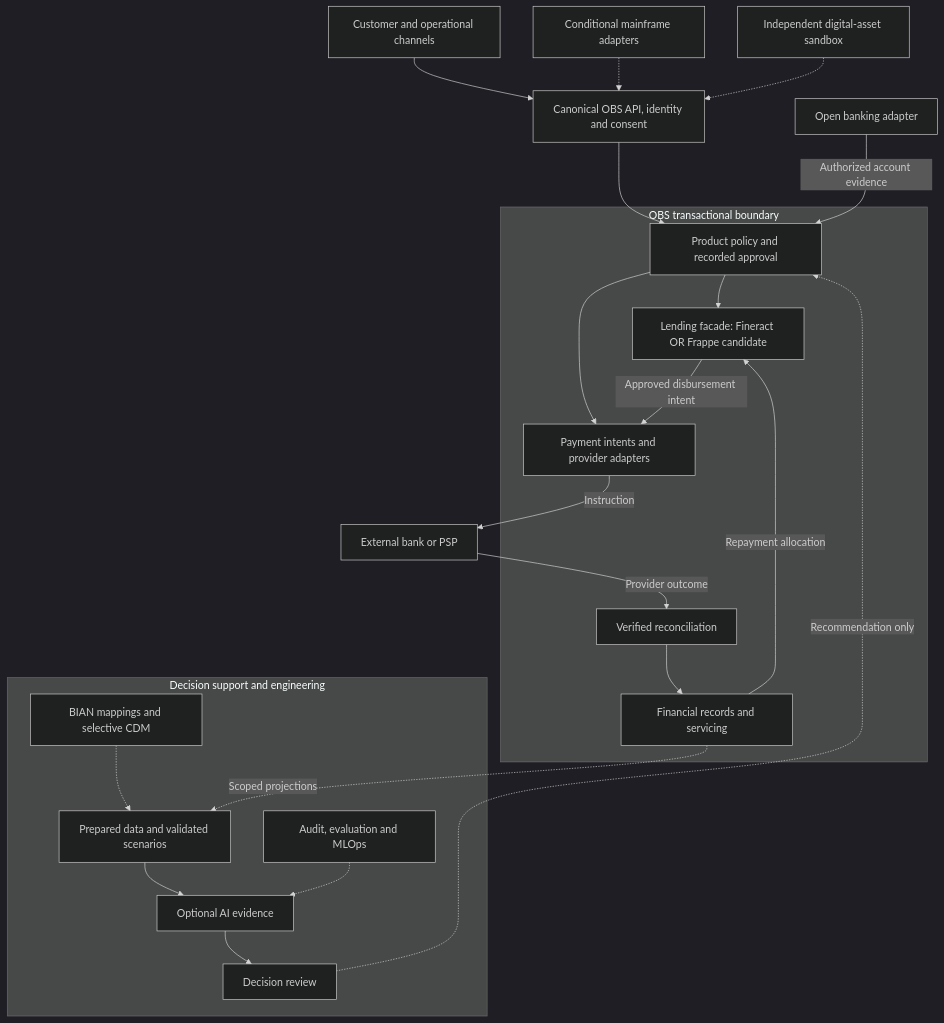
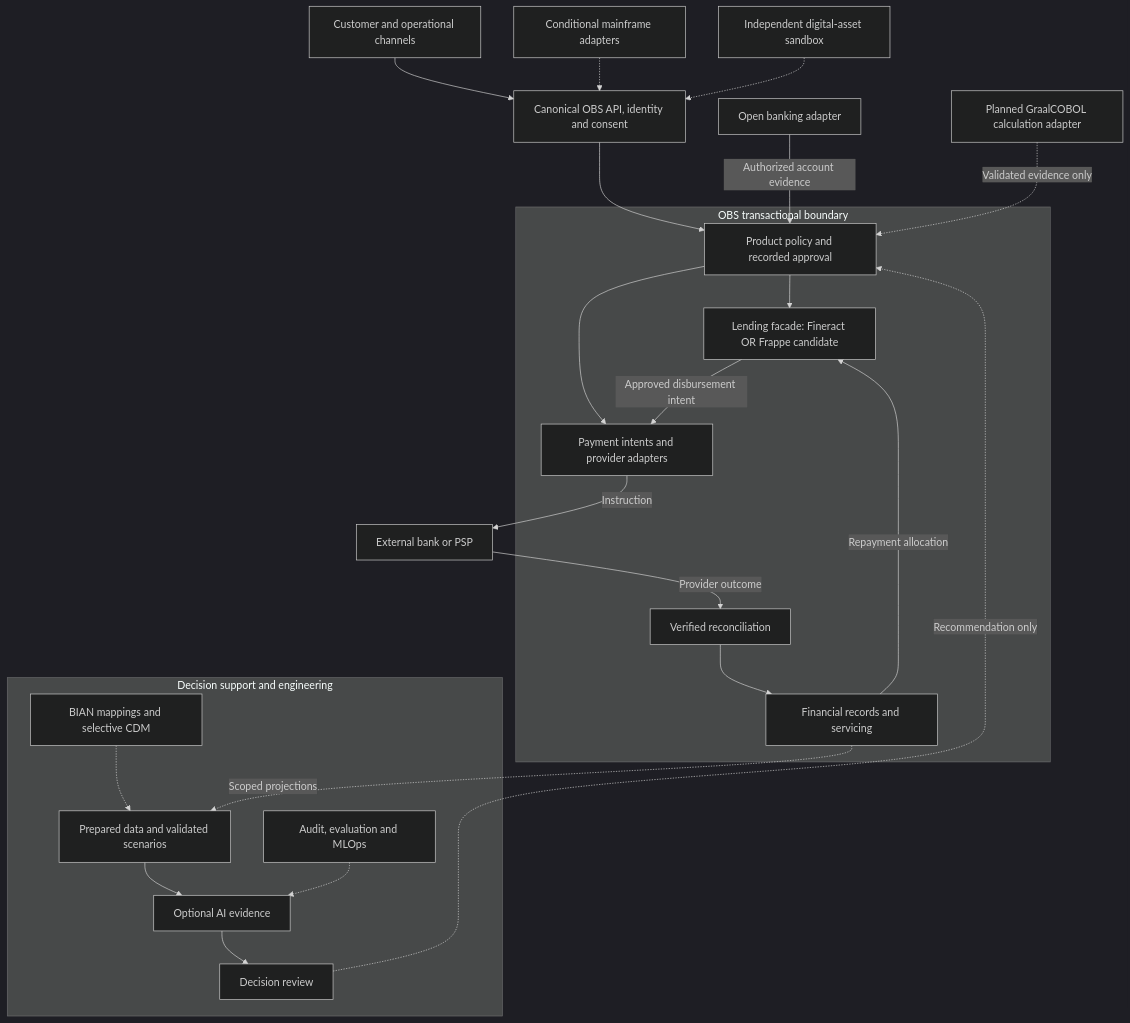
The third of 8 diagrams in README.md (robotics-intelligent-systems/jfxai4obs), drawn with Mermaid (dark theme) before and after one commit. The commit also changed other lines of this file, not shown here.

Commit message:
docs: select GraalCOBOL modernization dependency and retain COBOL 4J reference

````diff
--- a/README.md
+++ b/README.md
@@ -683,30 +697,31 @@
 ```mermaid
 flowchart TB
   UI["Customer and operational channels"] --> API["Canonical OBS API, identity and consent"]
   subgraph OBS["OBS transactional boundary"]
     POLICY["Product policy and recorded approval"]
     LOAN["Lending facade: Fineract OR Frappe candidate"]
     PAY["Payment intents and provider adapters"]
     REC["Verified reconciliation"]
     LEDGER["Financial records and servicing"]
     POLICY --> LOAN
     POLICY --> PAY
     LOAN -->|Approved disbursement intent| PAY
     REC --> LEDGER
     LEDGER -->|Repayment allocation| LOAN
   end
   API --> POLICY
   PAY -->|Instruction| BANK["External bank or PSP"]
   BANK -->|Provider outcome| REC
   OB["Open banking adapter"] -->|Authorized account evidence| POLICY
   subgraph SUPPORT["Decision support and engineering"]
     DATA["Prepared data and validated scenarios"] --> AI["Optional AI evidence"]
     AI --> REVIEW["Decision review"]
     GOV["Audit, evaluation and MLOps"] -.-> AI
     STD["BIAN mappings and selective CDM"] -.-> DATA
   end
   REVIEW -.->|Recommendation only| POLICY
   LEDGER -.->|Scoped projections| DATA
   LEGACY["Conditional mainframe adapters"] -.-> API
+  GC["Planned GraalCOBOL calculation adapter"] -.->|Validated evidence only| POLICY
   DEFI["Independent digital-asset sandbox"] -.-> API
 ```
````
